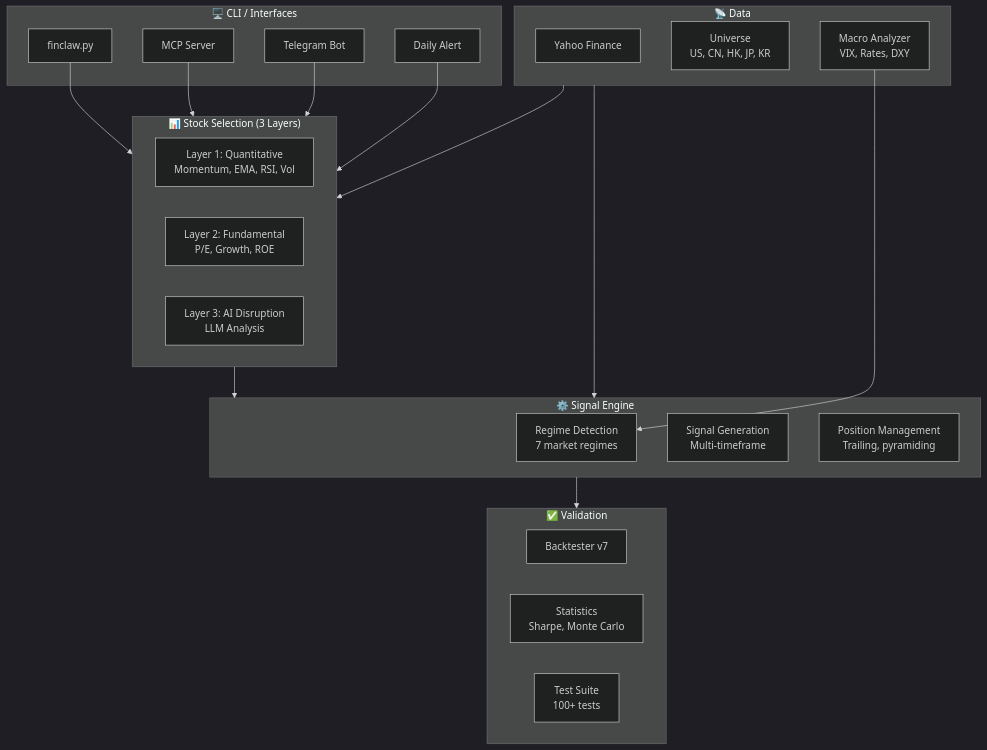
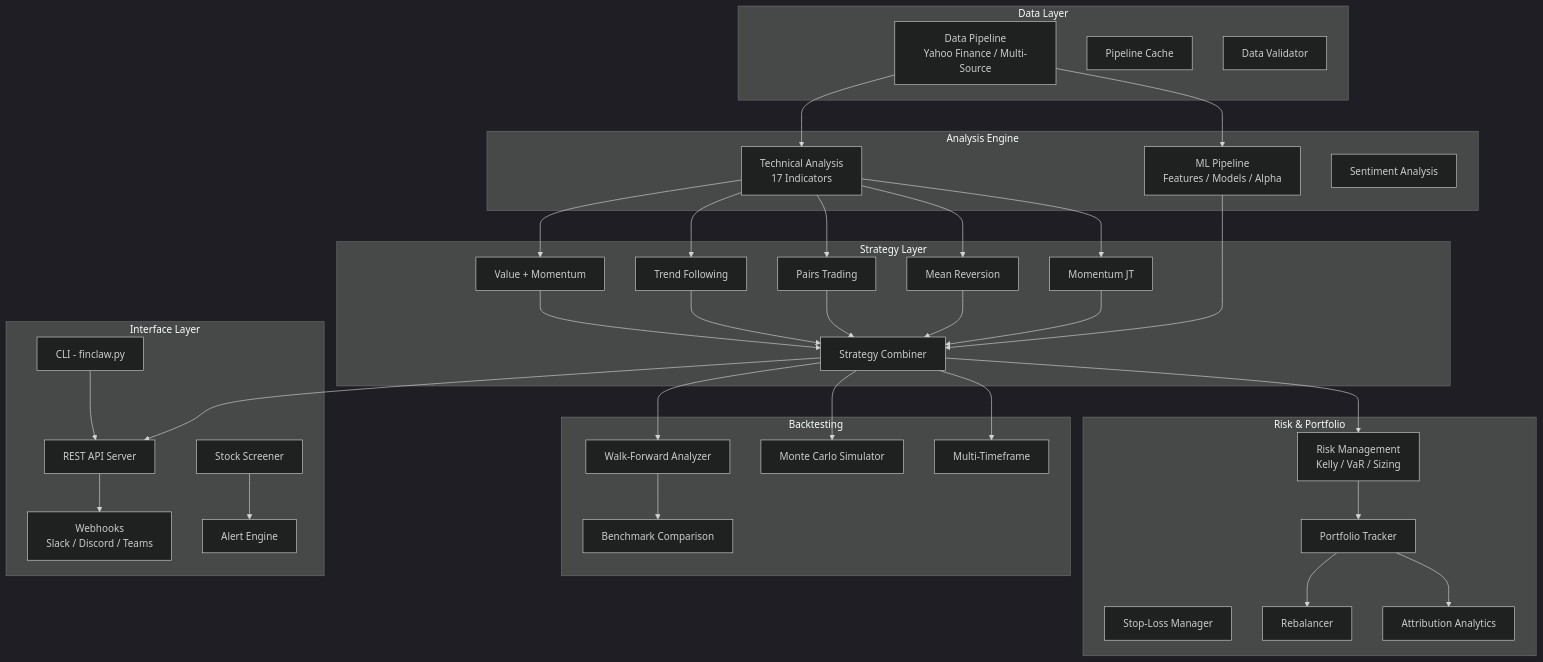
Before and after one commit to Sloped-familyunit908/finclaw: the diagram in README.md, drawn with Mermaid (dark theme). The commit also changed other lines of this file and 9 other files, not shown here.

First line of the commit message:
v1.9.0: Documentation & polish - comprehensive README, API docs, examples, integration tests

````diff
--- a/README.md
+++ b/README.md
@@ -102,44 +23,62 @@
 ```mermaid
 graph TB
-    subgraph CLI["🖥️ CLI / Interfaces"]
-        FC[finclaw.py]
-        MCP[MCP Server]
-        TG[Telegram Bot]
-        DA[Daily Alert]
+    subgraph Data Layer
+        DP[Data Pipeline<br/>Yahoo Finance / Multi-Source]
+        Cache[Pipeline Cache]
+        Validator[Data Validator]
     end
 
-    subgraph Selection["📊 Stock Selection (3 Layers)"]
-        L1[Layer 1: Quantitative<br/>Momentum, EMA, RSI, Vol]
-        L2[Layer 2: Fundamental<br/>P/E, Growth, ROE]
-        L3[Layer 3: AI Disruption<br/>LLM Analysis]
+    subgraph Analysis Engine
+        TA[Technical Analysis<br/>17 Indicators]
+        ML[ML Pipeline<br/>Features / Models / Alpha]
+        Sent[Sentiment Analysis]
     end
 
-    subgraph Engine["⚙️ Signal Engine"]
-        RD[Regime Detection<br/>7 market regimes]
-        SG[Signal Generation<br/>Multi-timeframe]
-        PM[Position Management<br/>Trailing, pyramiding]
+    subgraph Strategy Layer
+        MOM[Momentum JT]
+        MR[Mean Reversion]
+        PT[Pairs Trading]
+        TF[Trend Following]
+        VM[Value + Momentum]
+        COMB[Strategy Combiner]
     end
 
-    subgraph Validation["✅ Validation"]
-        BT[Backtester v7]
-        ST[Statistics<br/>Sharpe, Monte Carlo]
-        TS[Test Suite<br/>100+ tests]
+    subgraph Risk & Portfolio
+        RISK[Risk Management<br/>Kelly / VaR / Sizing]
+        SL[Stop-Loss Manager]
+        PORT[Portfolio Tracker]
+        REB[Rebalancer]
+        ATTR[Attribution Analytics]
     end
 
-    subgraph Data["📡 Data"]
-        YF[Yahoo Finance]
-        UV[Universe<br/>US, CN, HK, JP, KR]
-        MA[Macro Analyzer<br/>VIX, Rates, DXY]
+    subgraph Backtesting
+        WF[Walk-Forward Analyzer]
+        MC[Monte Carlo Simulator]
+        MTF[Multi-Timeframe]
+        BENCH[Benchmark Comparison]
     end
 
-    FC --> Selection
-    MCP --> Selection
-    TG --> Selection
-    DA --> Selection
+    subgraph Interface Layer
+        API[REST API Server]
+        WH[Webhooks<br/>Slack / Discord / Teams]
+        SCR[Stock Screener]
+        ALR[Alert Engine]
+        CLI[CLI - finclaw.py]
+    end
 
-    Selection --> Engine
-    Engine --> Validation
-    Data --> Selection
-    Data --> Engine
-    MA --> RD
+    DP --> TA
+    DP --> ML
+    TA --> MOM & MR & PT & TF & VM
+    ML --> COMB
+    MOM & MR & PT & TF & VM --> COMB
+    COMB --> RISK
+    RISK --> PORT
+    PORT --> REB
+    PORT --> ATTR
+    COMB --> WF & MC & MTF
+    WF --> BENCH
+    COMB --> API
+    API --> WH
+    SCR --> ALR
+    CLI --> API
 ```
````
